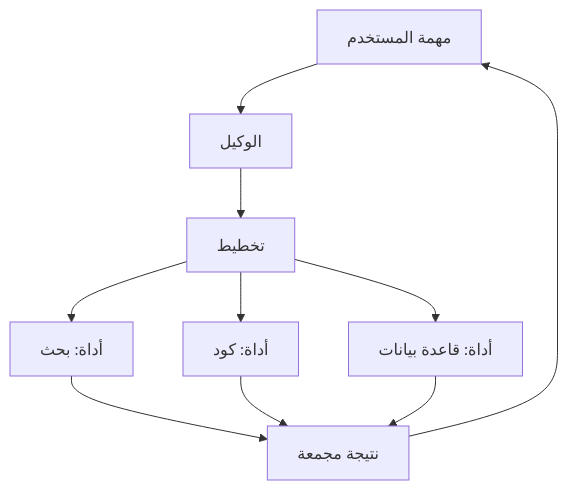
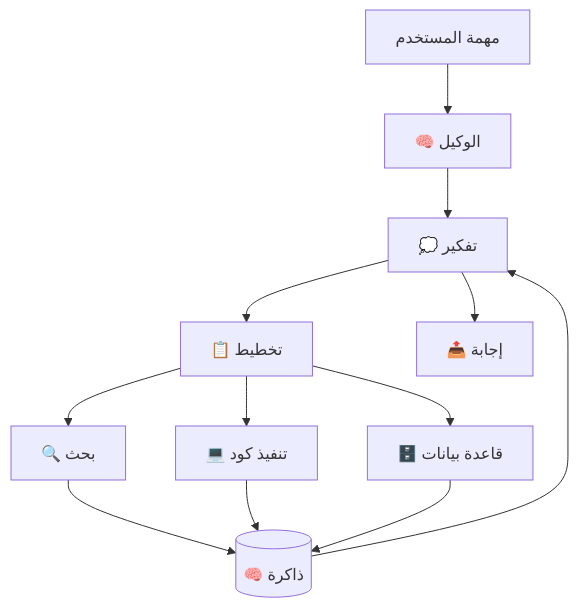
Before and after one commit to apexdataro-Fin/AEP: the diagram in docs/lessons/27-ai-agents/01-ai-agents.md, drawn with Mermaid. The commit also changed other lines of this file and 21 other files, not shown here.

````diff
--- a/docs/lessons/27-ai-agents/01-ai-agents.md
+++ b/docs/lessons/27-ai-agents/01-ai-agents.md
@@ -15,12 +13,14 @@
 ```mermaid
 graph TD
-    User[مهمة المستخدم] --> Agent[الوكيل]
-    Agent --> Plan[تخطيط]
-    Plan --> Tool1[أداة: بحث]
-    Plan --> Tool2[أداة: كود]
-    Plan --> Tool3[أداة: قاعدة بيانات]
-    Tool1 --> Result[نتيجة مجمعة]
-    Tool2 --> Result
-    Tool3 --> Result
-    Result --> User
+    User[مهمة المستخدم] --> Agent[🧠 الوكيل]
+    Agent --> Think[💭 تفكير]
+    Think --> Plan[📋 تخطيط]
+    Plan --> Tool1[🔍 بحث]
+    Plan --> Tool2[💻 تنفيذ كود]
+    Plan --> Tool3[🗄️ قاعدة بيانات]
+    Tool1 --> Memory[(🧠 ذاكرة)]
+    Tool2 --> Memory
+    Tool3 --> Memory
+    Memory --> Think
+    Think --> Answer[📤 إجابة]
 ```
````
